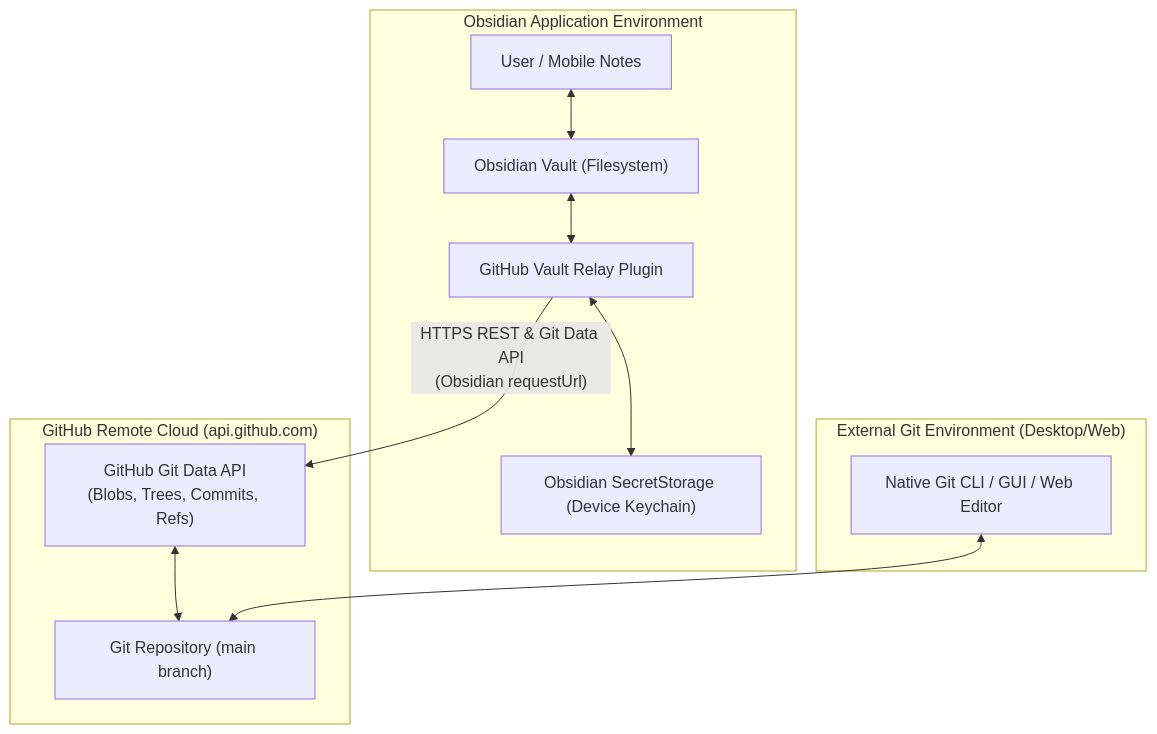
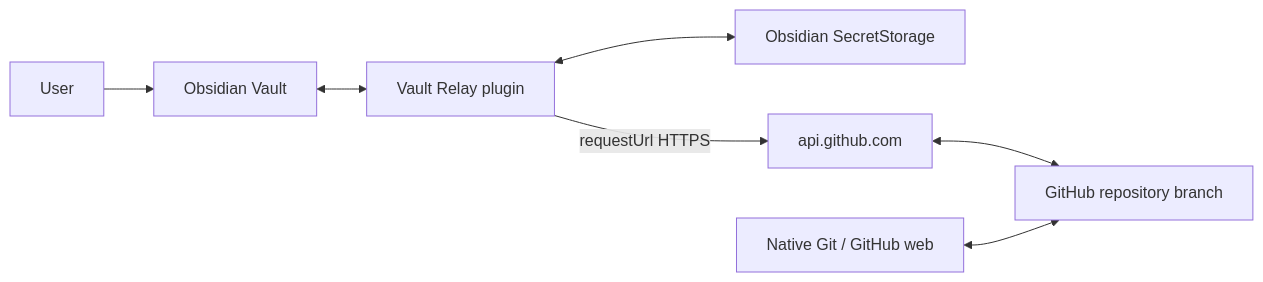
One commit to ankhang0704/github-vault-relay changed the first of 3 diagrams in docs/ARCHITECTURE.md. Above: the diagram before and after it, drawn with Mermaid. The commit also changed other lines of this file and 8 other files, not shown here.

````diff
--- a/docs/ARCHITECTURE.md
+++ b/docs/ARCHITECTURE.md
@@ -9,20 +7,9 @@
 ```mermaid
-flowchart TD
-    subgraph ObsidianApp["Obsidian Application Environment"]
-        User["User / Mobile Notes"] <--> Vault["Obsidian Vault (Filesystem)"]
-        Vault <--> Relay["GitHub Vault Relay Plugin"]
-        Relay <--> SecretStorage["Obsidian SecretStorage (Device Keychain)"]
-    end
-
-    subgraph GitHubRemote["GitHub Remote Cloud (api.github.com)"]
-        GitDataAPI["GitHub Git Data API\n(Blobs, Trees, Commits, Refs)"]
-        GitRepo["Git Repository (main branch)"]
-        GitDataAPI <--> GitRepo
-    end
-
-    subgraph ExternalWriters["External Git Environment (Desktop/Web)"]
-        NativeGit["Native Git CLI / GUI / Web Editor"] <--> GitRepo
-    end
-
-    Relay -->|"HTTPS REST & Git Data API<br>(Obsidian requestUrl)"| GitDataAPI
+flowchart LR
+    User[User] --> Vault[Obsidian Vault]
+    Vault <--> Plugin[Vault Relay plugin]
+    Plugin <--> Secret[Obsidian SecretStorage]
+    Plugin -->|requestUrl HTTPS| API[api.github.com]
+    API <--> Repo[GitHub repository branch]
+    External[Native Git / GitHub web] <--> Repo
 ```
````
